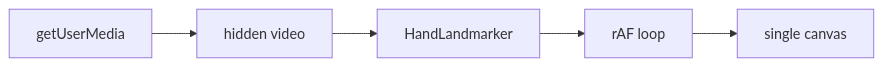
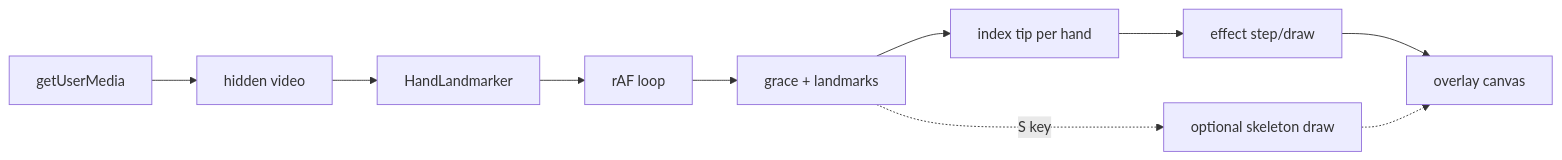
One commit to Koda-Pig/hand-wavy-wavy changed the diagram in docs/implementation-plan.md. Above: the diagram before and after it, drawn with Mermaid. The commit also changed other lines of this file and 11 other files, not shown here.

````diff
--- a/docs/implementation-plan.md
+++ b/docs/implementation-plan.md
@@ -33,7 +39,12 @@
 ```mermaid
 flowchart LR
   CAM[getUserMedia] --> VID[hidden video]
   VID --> MP[HandLandmarker]
   MP --> LOOP[rAF loop]
-  LOOP --> DRAW[single canvas]
+  LOOP --> STATE[grace + landmarks]
+  STATE --> TIP[index tip per hand]
+  TIP --> FX[effect step/draw]
+  FX --> CANVAS[overlay canvas]
+  STATE -.->|S key| SKEL[optional skeleton draw]
+  SKEL -.-> CANVAS
 ```
````
